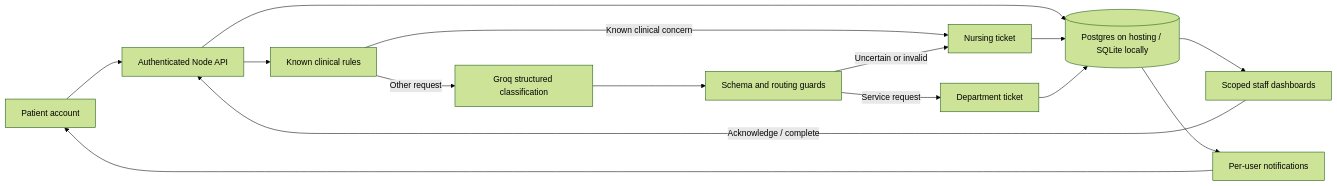
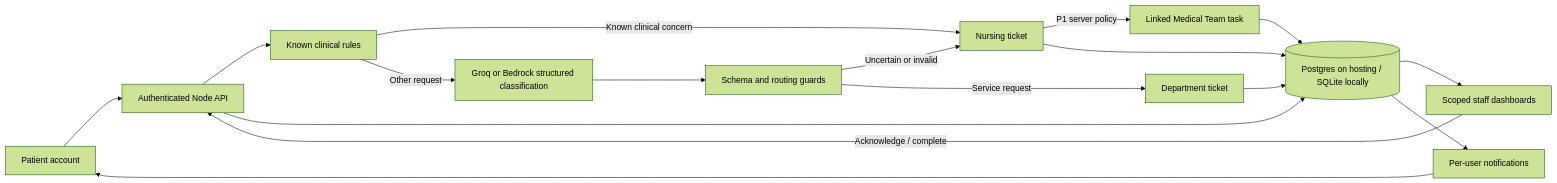
The diagram in docs/architecture.md (sairam782/HealthHack), drawn with Mermaid (forest theme) before and after one commit. The commit also changed other lines of this file and 60 other files, not shown here.

````diff
--- a/docs/architecture.md
+++ b/docs/architecture.md
@@ -3,17 +3,19 @@
 ```mermaid
 flowchart LR
   Patient[Patient account] --> API[Authenticated Node API]
   API --> Rules[Known clinical rules]
   Rules -->|Known clinical concern| Nurse[Nursing ticket]
-  Rules -->|Other request| Model[Groq structured classification]
+  Nurse -->|P1 server policy| Medical[Linked Medical Team task]
+  Medical --> DB
+  Rules -->|Other request| Model[Groq or Bedrock structured classification]
   Model --> Guard[Schema and routing guards]
   Guard -->|Uncertain or invalid| Nurse
   Guard -->|Service request| Service[Department ticket]
   API --> DB[(Postgres on hosting / SQLite locally)]
   Nurse --> DB
   Service --> DB
   DB --> Staff[Scoped staff dashboards]
   Staff -->|Acknowledge / complete| API
   DB --> Alerts[Per-user notifications]
   Alerts --> Patient
 ```
````
